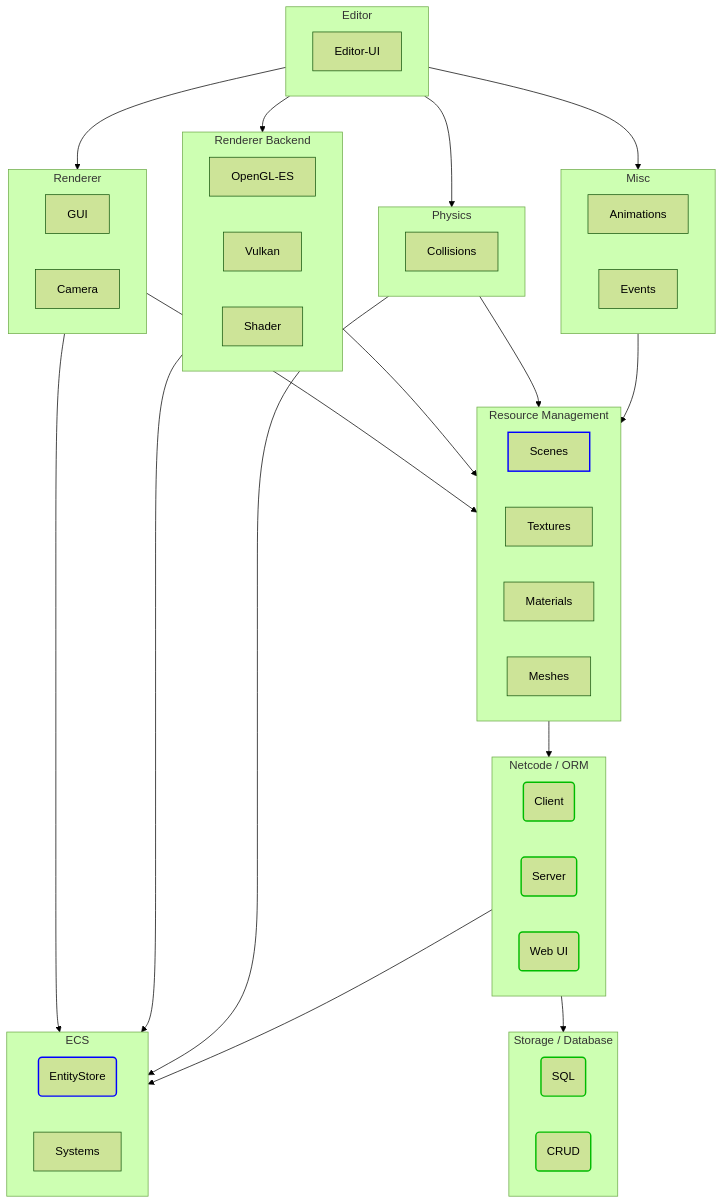
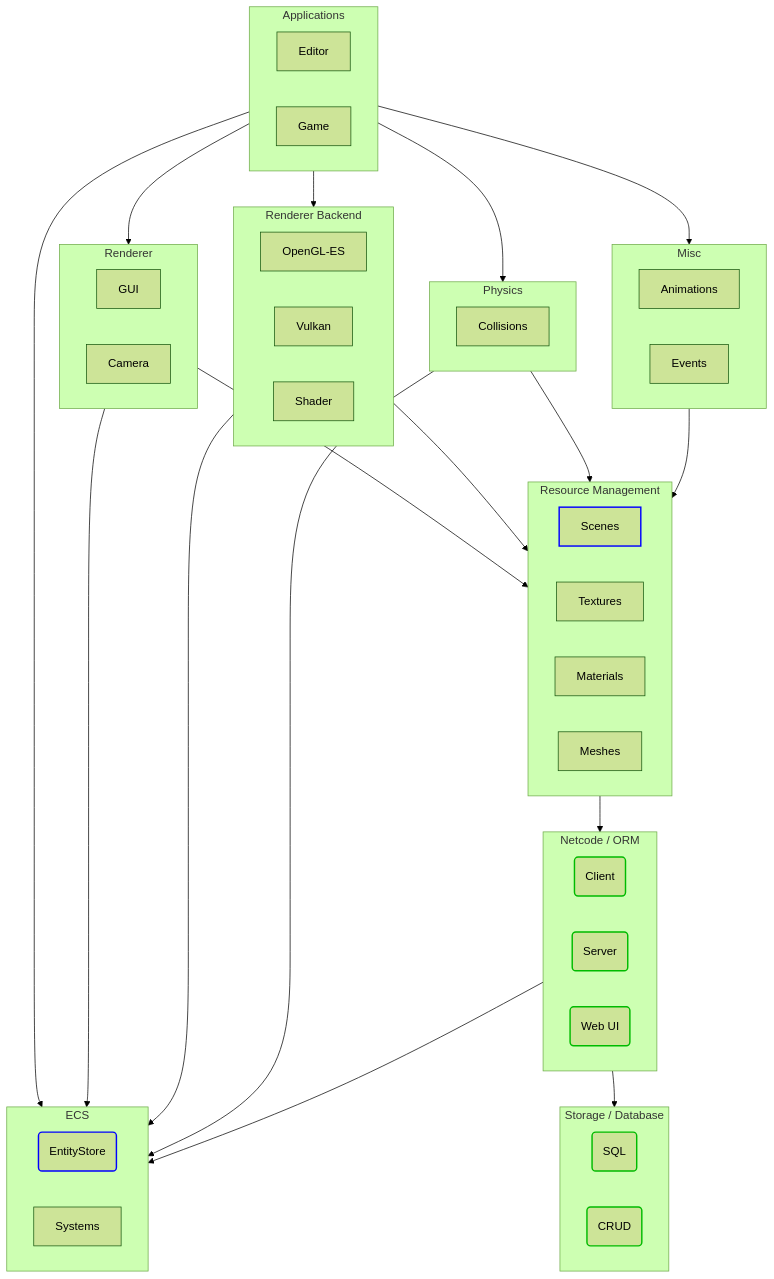
Before and after one commit to friflo/Friflo.Json.Fliox: the first of 3 diagrams in Engine/README.md, drawn with Mermaid (forest theme).

Commit message:
Engine - update architecture diagram

````diff
--- a/Engine/README.md
+++ b/Engine/README.md
@@ -26,73 +26,74 @@
 ```mermaid
   graph TD;
     classDef finished       stroke:#0b0,stroke-width:2px;
     classDef implemented    stroke:#00f,stroke-width:2px;
 
-    subgraph Editor;
-        Editor-UI;
+    subgraph Applications;
+        Editor;
+        Game;
     end
 
     subgraph Renderer;
         GUI
         Camera
     end
 
     subgraph Backend[Renderer Backend];
         OpenGL-ES
         Vulkan
         Shader
     end
 
     subgraph Physics;
         Collisions
     end
     
     subgraph Misc;
         Animations
         Events
     end
 
     subgraph Resource[Resource Management];
         Scenes:::implemented
         Textures
         Materials
         Meshes
         Animations
     end
 
     subgraph Netcode[Netcode / ORM];
         Client(Client):::finished
         Server(Server):::finished
         WebUI(Web UI):::finished
     end
 
     subgraph Storage[Storage / Database];
         SQL(SQL):::finished
         CRUD(CRUD):::finished
     end
 
     subgraph ECS;
         EntityStore(EntityStore):::implemented
         Systems
     end
 
-    Editor      -->Renderer
-    Editor      -->Backend
-    Editor      -->Physics
-    Editor      -->Misc
+    Applications    -->Renderer
+    Applications    -->Backend
+    Applications    -->Physics
+    Applications    -->Misc
+    Applications    -->ECS
 
     Resource    -->Netcode
-
 
     Renderer    -->Resource
     Backend     -->Resource
     Physics     -->Resource
     Misc        -->Resource
 
     Renderer    -->ECS
     Backend     -->ECS
     Physics     -->ECS
+    Netcode     -->ECS
 
-    Netcode     -->ECS
     Netcode     -->Storage
 ```
````
